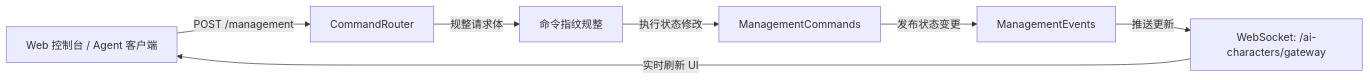
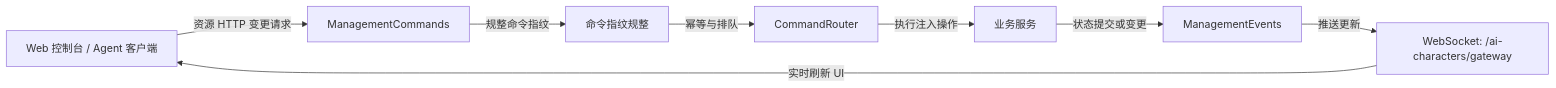
One commit to lulabs-org/embocraft changed the diagram in docs/guide/server-structure.md. Above: the diagram before and after it, drawn with Mermaid. The commit also changed other lines of this file and 4 other files, not shown here.

````diff
--- a/docs/guide/server-structure.md
+++ b/docs/guide/server-structure.md
@@ -447,9 +456,10 @@
 ```mermaid
 graph LR
-    Client[Web 控制台 / Agent 客户端] -->|POST /management| Router[CommandRouter]
-    Router -->|规整请求体| Policy[命令指纹规整]
-    Policy -->|执行状态修改| Commands[ManagementCommands]
-    Commands -->|发布状态变更| Events[ManagementEvents]
+    Client[Web 控制台 / Agent 客户端] -->|资源 HTTP 变更请求| Commands[ManagementCommands]
+    Commands -->|规整命令指纹| Policy[命令指纹规整]
+    Policy -->|幂等与排队| Router[CommandRouter]
+    Router -->|执行注入操作| Service[业务服务]
+    Service -->|状态提交或变更| Events[ManagementEvents]
     Events -->|推送更新| WS[WebSocket: /ai-characters/gateway]
     WS -->|实时刷新 UI| Client
 ```
````
